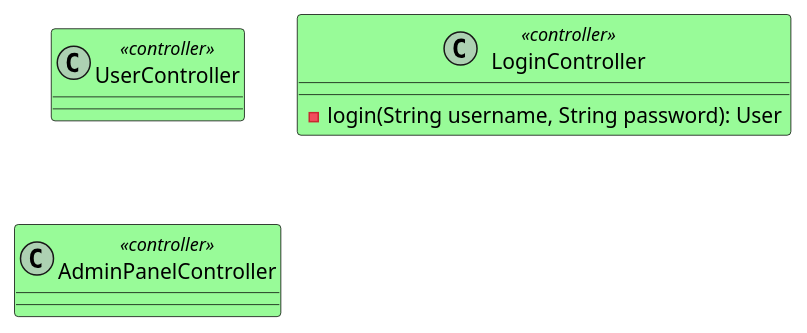
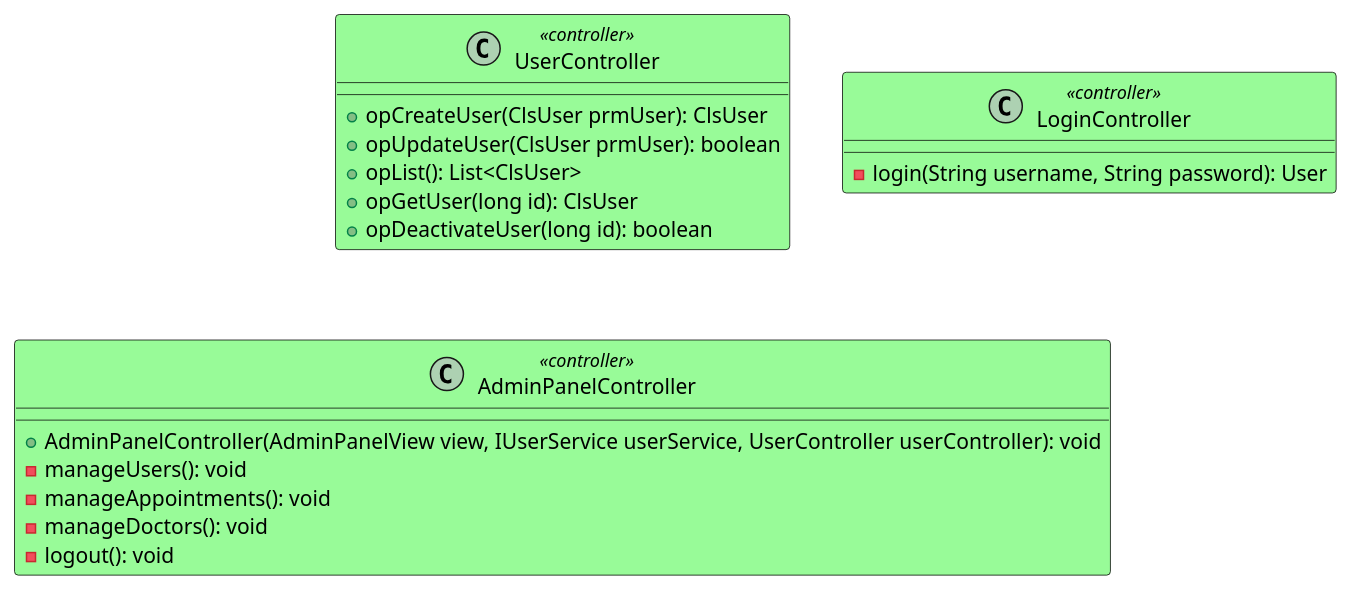
Before and after one commit to FernandoMulato/Piedrazul-Medical-Services-Network: the diagram in 1.Project-with_Monolithic_Architecture/mod_app_piedrazul_medical_services_network/Presentation/dClassPresentationOperations.puml, drawn with PlantUML. The commit also changed 6 other files, not shown here.

Commit message:
Se agregan diagramas UML de registro, actualización, consulta y desactivación de usuarios

```diff
--- a/1.Project-with_Monolithic_Architecture/mod_app_piedrazul_medical_services_network/Presentation/dClassPresentationOperations.puml
+++ b/1.Project-with_Monolithic_Architecture/mod_app_piedrazul_medical_services_network/Presentation/dClassPresentationOperations.puml
@@ -1,13 +1,29 @@
 @startuml PresentationOperationsClasses
 
 class UserController <<controller>> #PaleGreen;line:Black;text:Black {
+  ' --- E1-HU1: Registrar Usuario ---
+  +opCreateUser(ClsUser prmUser): ClsUser
+  ' --- E1-HU2: Actualizar Usuario ---
+  +opUpdateUser(ClsUser prmUser): boolean
+  ' --- E1-HU3: Consultar Usuarios ---
+  +opList(): List<ClsUser>
+  +opGetUser(long id): ClsUser
+  ' --- E1-HU4: Desactivar Usuario ---
+  +opDeactivateUser(long id): boolean
 }
 
 class LoginController <<controller>> #PaleGreen;line:Black;text:Black {
+  ' --- existente ---
   -login(String username, String password): User
 }
 
 class AdminPanelController <<controller>> #PaleGreen;line:Black;text:Black {
+  ' --- E1-HU1/HU2/HU3/HU4: navega al módulo de gestión ---
+  +AdminPanelController(AdminPanelView view, IUserService userService, UserController userController): void
+  -manageUsers(): void
+  -manageAppointments(): void
+  -manageDoctors(): void
+  -logout(): void
 }
 
 @enduml
```
